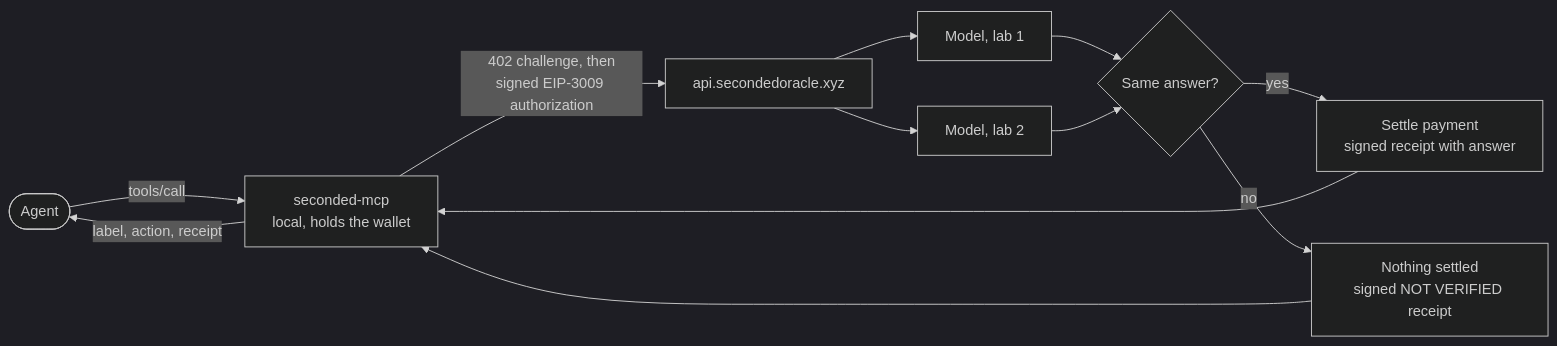
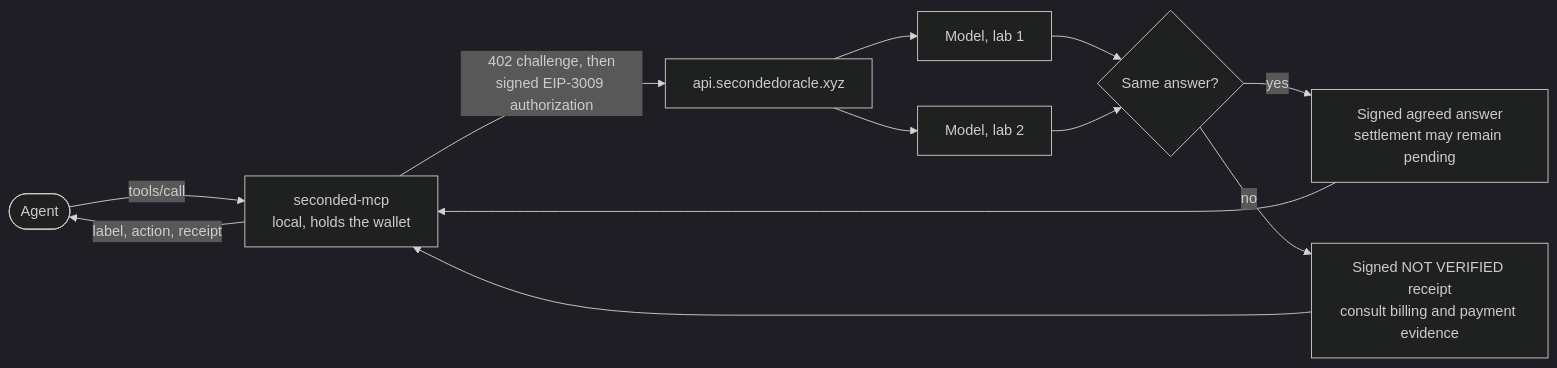
One commit to SecondedOracle/seconded changed the diagram in README.md. Above: the diagram before and after it, drawn with Mermaid (dark theme). The commit also changed other lines of this file and 18 other files, not shown here.

````diff
--- a/README.md
+++ b/README.md
@@ -97,14 +140,14 @@
 ```mermaid
 flowchart LR
     A([Agent]) -->|tools/call| C[seconded-mcp<br/>local, holds the wallet]
     C -->|402 challenge, then<br/>signed EIP-3009 authorization| S[api.secondedoracle.xyz]
     S --> M1[Model, lab 1]
     S --> M2[Model, lab 2]
     M1 --> D{Same answer?}
     M2 --> D
-    D -->|yes| R1[Settle payment<br/>signed receipt with answer]
-    D -->|no| R2[Nothing settled<br/>signed NOT VERIFIED receipt]
+    D -->|yes| R1[Signed agreed answer<br/>settlement may remain pending]
+    D -->|no| R2[Signed NOT VERIFIED receipt<br/>consult billing and payment evidence]
     R1 --> C
     R2 --> C
     C -->|label, action, receipt| A
 ```
````
